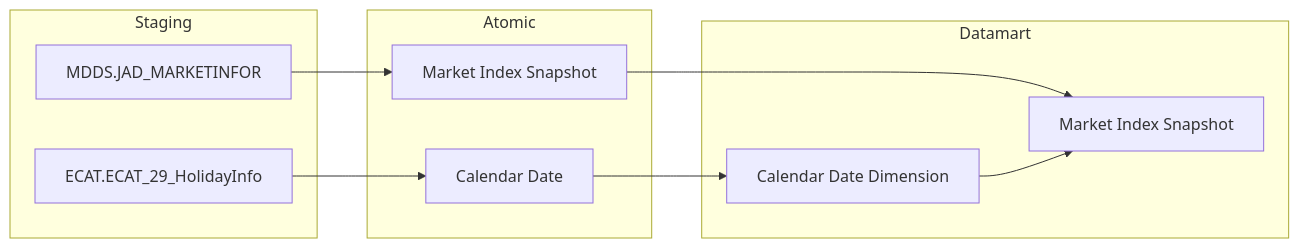
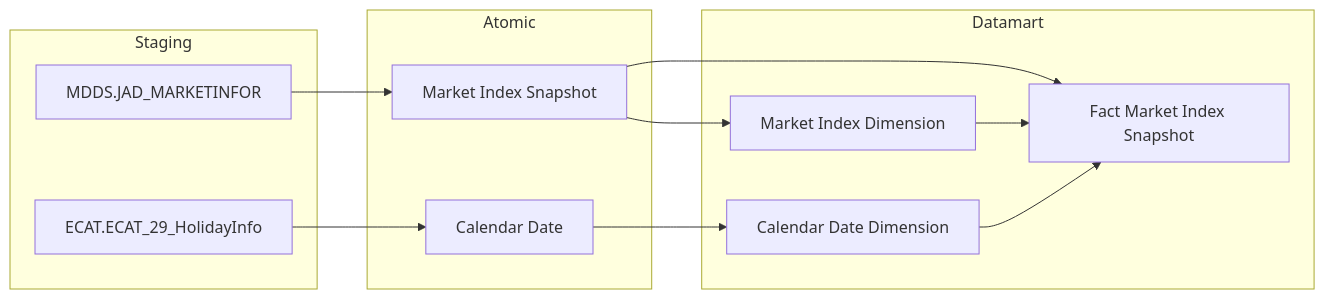
One commit to linhlvit/ubck_atomic_design changed the ninth of 32 diagrams in Datamart/hld/DTM_QLKD_HLD.md. Above: the diagram before and after it, drawn with Mermaid. The commit also changed other lines of this file and 62 other files, not shown here.

````diff
--- a/Datamart/hld/DTM_QLKD_HLD.md
+++ b/Datamart/hld/DTM_QLKD_HLD.md
@@ -358,25 +358,28 @@
 ```mermaid
 flowchart LR
     subgraph SRC["Staging"]
         S1["MDDS.JAD_MARKETINFOR"]
         ECAT_ECAT_29_HolidayInfo["ECAT.ECAT_29_HolidayInfo"]
     end
 
     subgraph SIL["Atomic"]
         SV1["Market Index Snapshot"]
         Calendar_Date["Calendar Date"]
     end
 
     subgraph Datamart["Datamart"]
-        G1["Market Index Snapshot"]
+        G1["Fact Market Index Snapshot"]
         G2["Calendar Date Dimension"]
+        G3["Market Index Dimension"]
     end
 
     S1 --> SV1
     ECAT_ECAT_29_HolidayInfo --> Calendar_Date
 
     SV1 --> G1
+    SV1 --> G3
     Calendar_Date --> G2
 
     G2 --> G1
+    G3 --> G1
 ```
````
